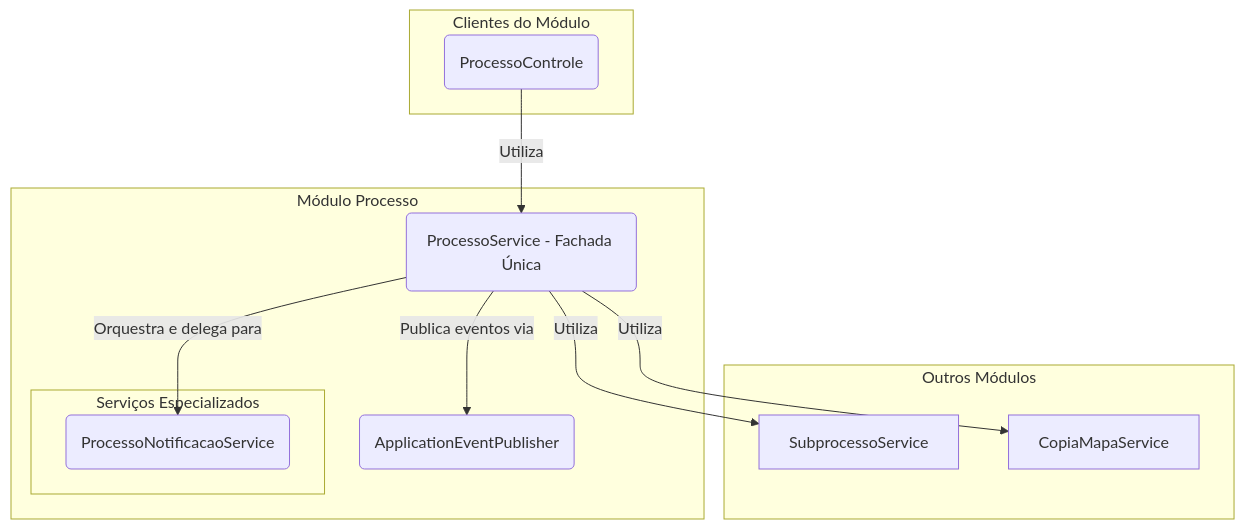
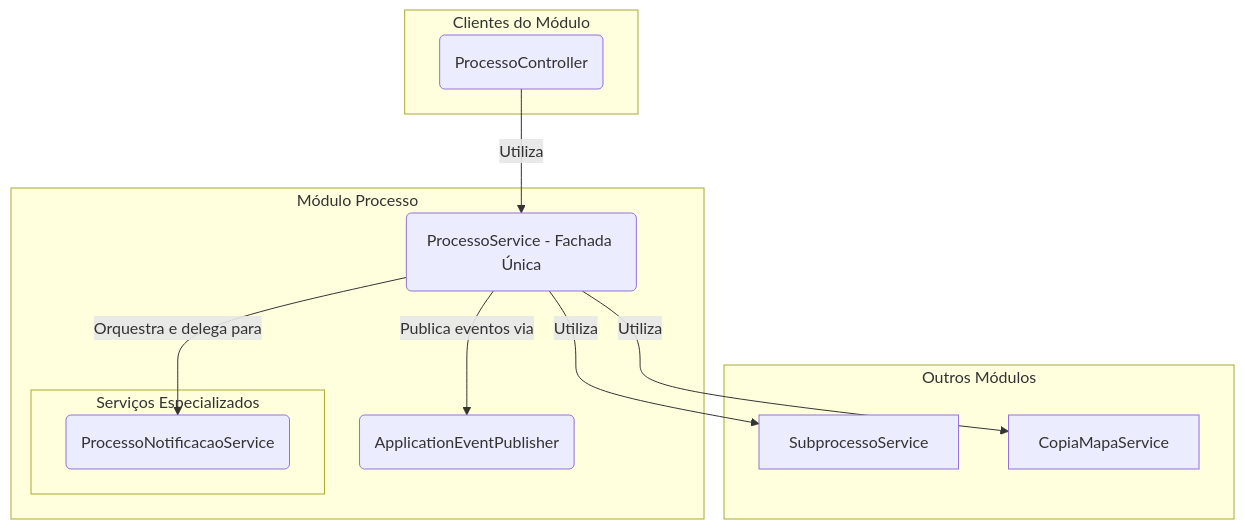
Before and after one commit to lgalvao/sgc: the diagram in backend/src/main/java/sgc/processo/README.md, drawn with Mermaid. The commit also changed other lines of this file and 13 other files, not shown here.

````diff
--- a/backend/src/main/java/sgc/processo/README.md
+++ b/backend/src/main/java/sgc/processo/README.md
@@ -11,27 +11,27 @@
 ```mermaid
 graph TD
     subgraph "Clientes do Módulo"
-        Controle(ProcessoControle)
+        Controle(ProcessoController)
     end
 
     subgraph "Módulo Processo"
         Facade(ProcessoService - Fachada Única)
 
         subgraph "Serviços Especializados"
             Notificacao(ProcessoNotificacaoService)
         end
 
         Eventos(ApplicationEventPublisher)
     end
 
     subgraph "Outros Módulos"
         SubprocessoService
         CopiaMapaService
     end
 
     Controle -- Utiliza --> Facade
 
     Facade -- Orquestra e delega para --> Notificacao
     Facade -- Utiliza --> SubprocessoService & CopiaMapaService
     Facade -- Publica eventos via --> Eventos
 ```
````
